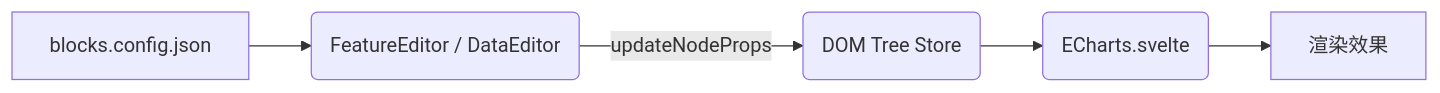
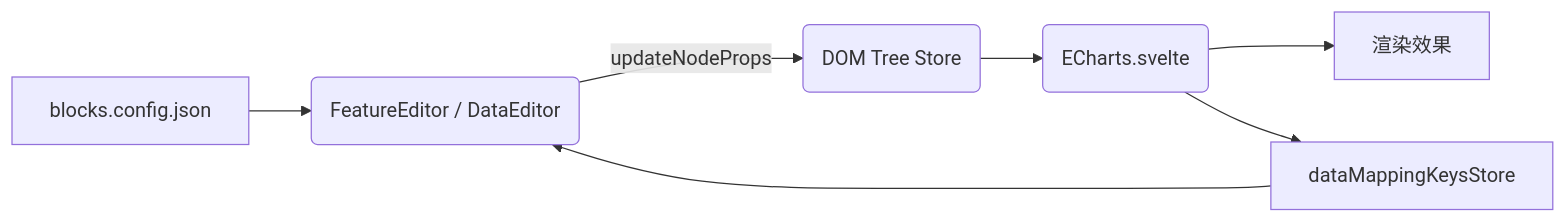
The diagram in docs/ECharts组件说明.md (Bu-Zhi-Chu/Qi-Ti-Yuan-Liu), drawn with Mermaid before and after one commit. The commit also changed other lines of this file, not shown here.

````diff
--- a/docs/ECharts组件说明.md
+++ b/docs/ECharts组件说明.md
@@ -105,7 +150,9 @@
 ```mermaid
 graph LR
   A[blocks.config.json] --> B(FeatureEditor / DataEditor)
   B -->|updateNodeProps| C(DOM Tree Store)
   C --> D(ECharts.svelte)
   D --> E[渲染效果]
+  D --> F[dataMappingKeysStore]
+  F --> B
 ```
````
